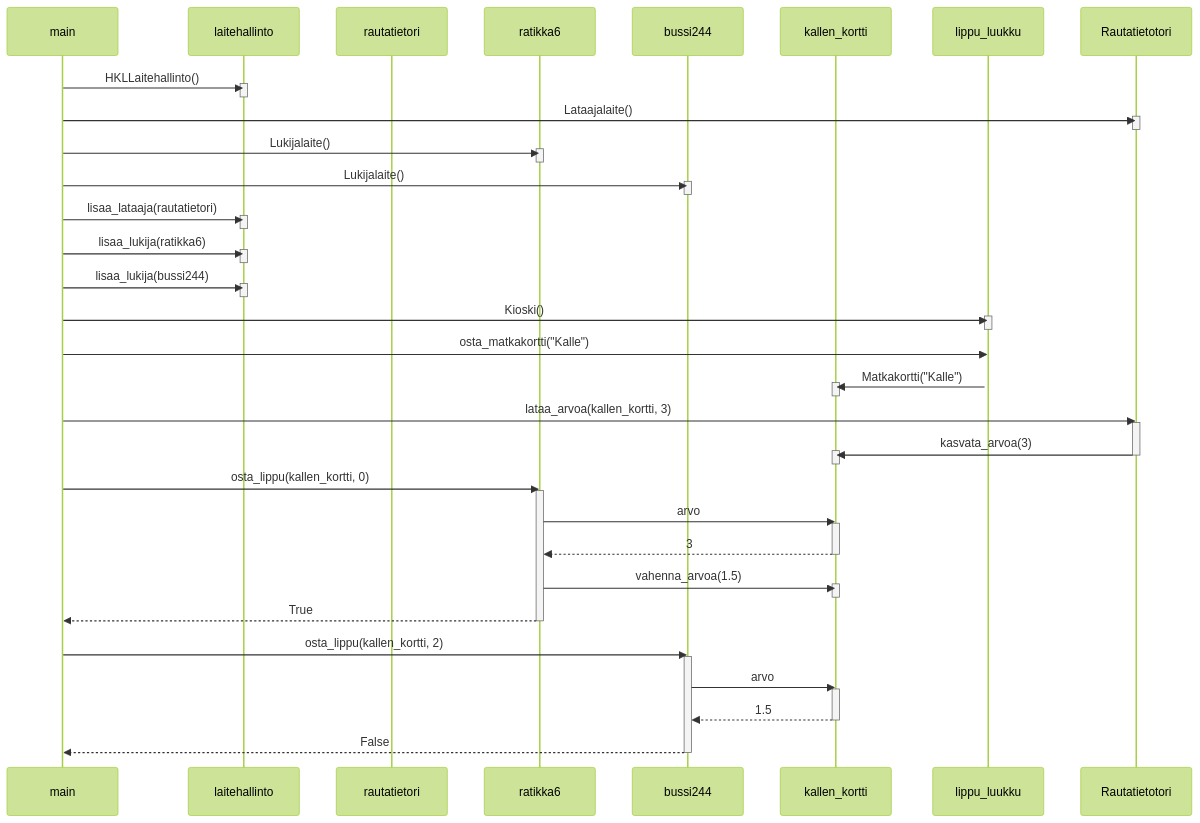
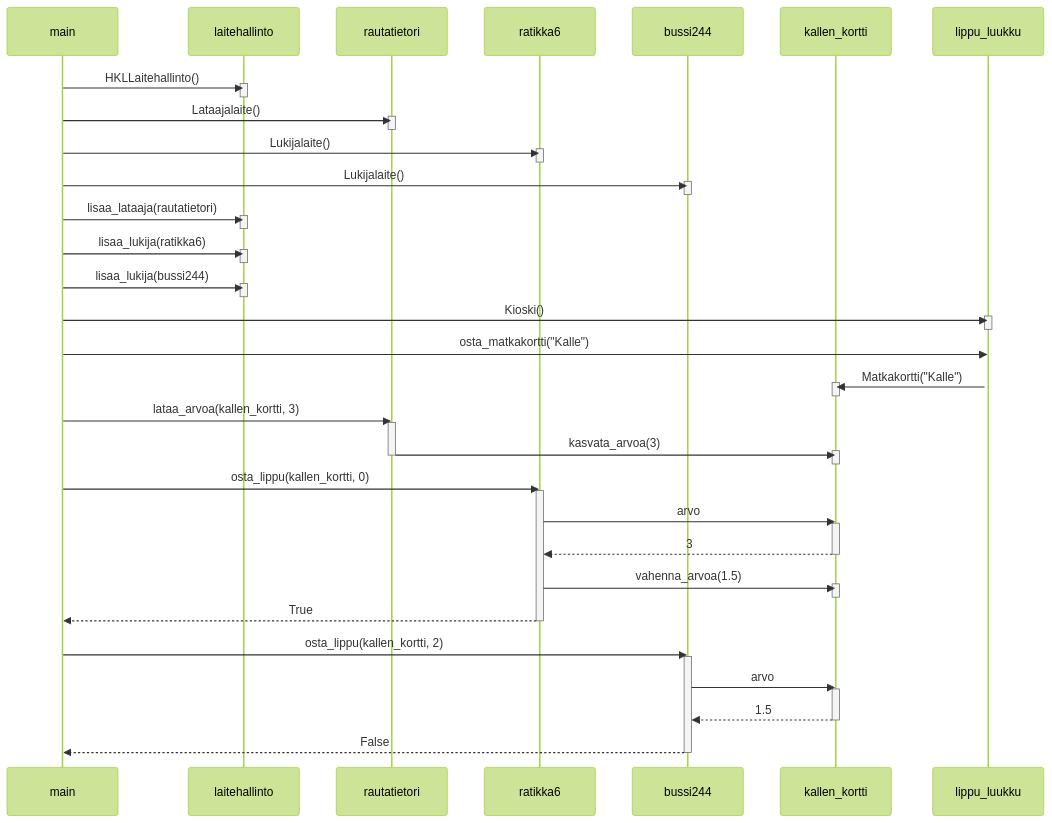
One commit to Peikkohi/ot-harjoitustyo changed the diagram in laskarit/viikko3/hsl-sekvenssikaavio.md. Above: the diagram before and after it, drawn with Mermaid (forest theme).

Commit message:
Fix HSL sequence diagram

````diff
--- a/laskarit/viikko3/hsl-sekvenssikaavio.md
+++ b/laskarit/viikko3/hsl-sekvenssikaavio.md
@@ -1,65 +1,65 @@
 ```mermaid
 sequenceDiagram
 	participant Main as main
 	participant Laitehallinto as laitehallinto
 	participant Rautatietori as rautatietori
 	participant Ratikka as ratikka6
 	participant Bussi as bussi244
 	participant Kortti as kallen_kortti
 	participant Luukku as lippu_luukku
 
 	Main->>Laitehallinto: HKLLaitehallinto()
 	activate Laitehallinto
 	deactivate Laitehallinto
-	Main->>Rautatietotori: Lataajalaite()
-	activate Rautatietotori
-	deactivate Rautatietotori
+	Main->>Rautatietori: Lataajalaite()
+	activate Rautatietori
+	deactivate Rautatietori
 	Main->>Ratikka: Lukijalaite()
 	activate Ratikka
 	deactivate Ratikka
 	Main->>Bussi: Lukijalaite()
 	activate Bussi
 	deactivate Bussi
 	Main->>Laitehallinto: lisaa_lataaja(rautatietori)
 	activate Laitehallinto
 	deactivate Laitehallinto
 	Main->>Laitehallinto: lisaa_lukija(ratikka6)
 	activate Laitehallinto
 	deactivate Laitehallinto
 	Main->>Laitehallinto: lisaa_lukija(bussi244)
 	activate Laitehallinto
 	deactivate Laitehallinto
 	Main->>Luukku: Kioski()
 	activate Luukku
 	deactivate Luukku
 	Main->>Luukku: osta_matkakortti("Kalle")
 	activate Luukku
 	Luukku->>Kortti: Matkakortti("Kalle")
 	activate Kortti
 	deactivate Kortti
-	Main->>Rautatietotori: lataa_arvoa(kallen_kortti, 3)
-	activate Rautatietotori
-	Rautatietotori->>Kortti: kasvata_arvoa(3)
+	Main->>Rautatietori: lataa_arvoa(kallen_kortti, 3)
+	activate Rautatietori
+	Rautatietori->>Kortti: kasvata_arvoa(3)
 	activate Kortti
 	deactivate Kortti
-	deactivate Rautatietotori
+	deactivate Rautatietori
 	Main->>Ratikka: osta_lippu(kallen_kortti, 0)
 	activate Ratikka
 	Ratikka->>Kortti: arvo
 	activate Kortti
 	Kortti-->>Ratikka: 3
 	deactivate Kortti
 	Ratikka->>Kortti: vahenna_arvoa(1.5)
 	activate Kortti
 	deactivate Kortti
 	Ratikka-->>Main: True
 	deactivate Ratikka
 	Main->>Bussi: osta_lippu(kallen_kortti, 2)
 	activate Bussi
 	Bussi->>Kortti: arvo
 	activate Kortti
 	Kortti-->>Bussi: 1.5
 	deactivate Kortti
 	Bussi-->>Main: False
 	deactivate Bussi
 ```
````
